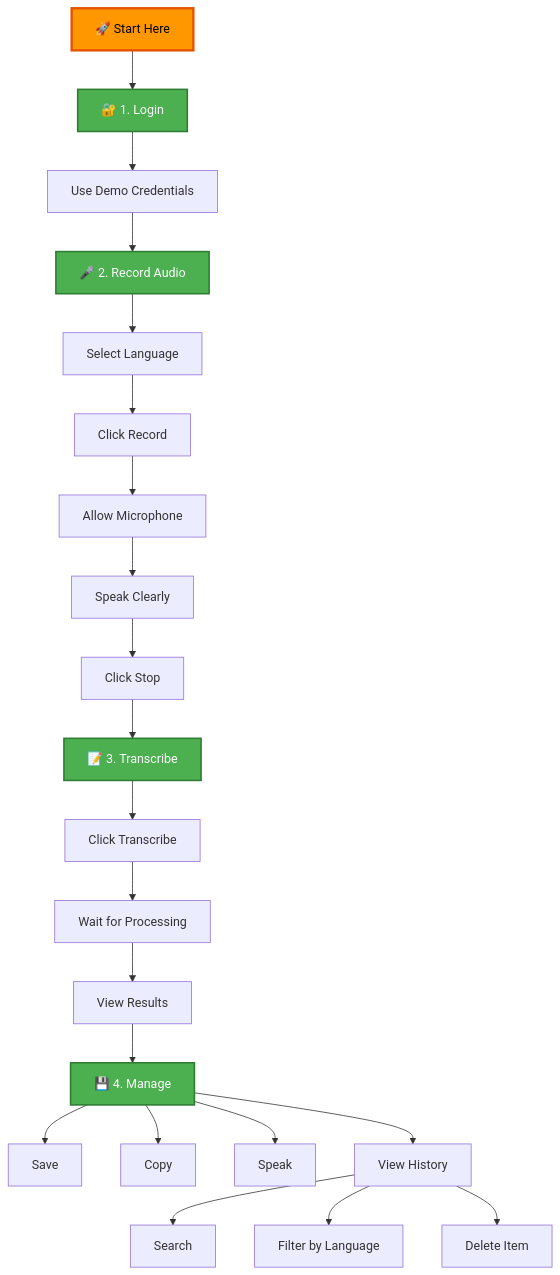
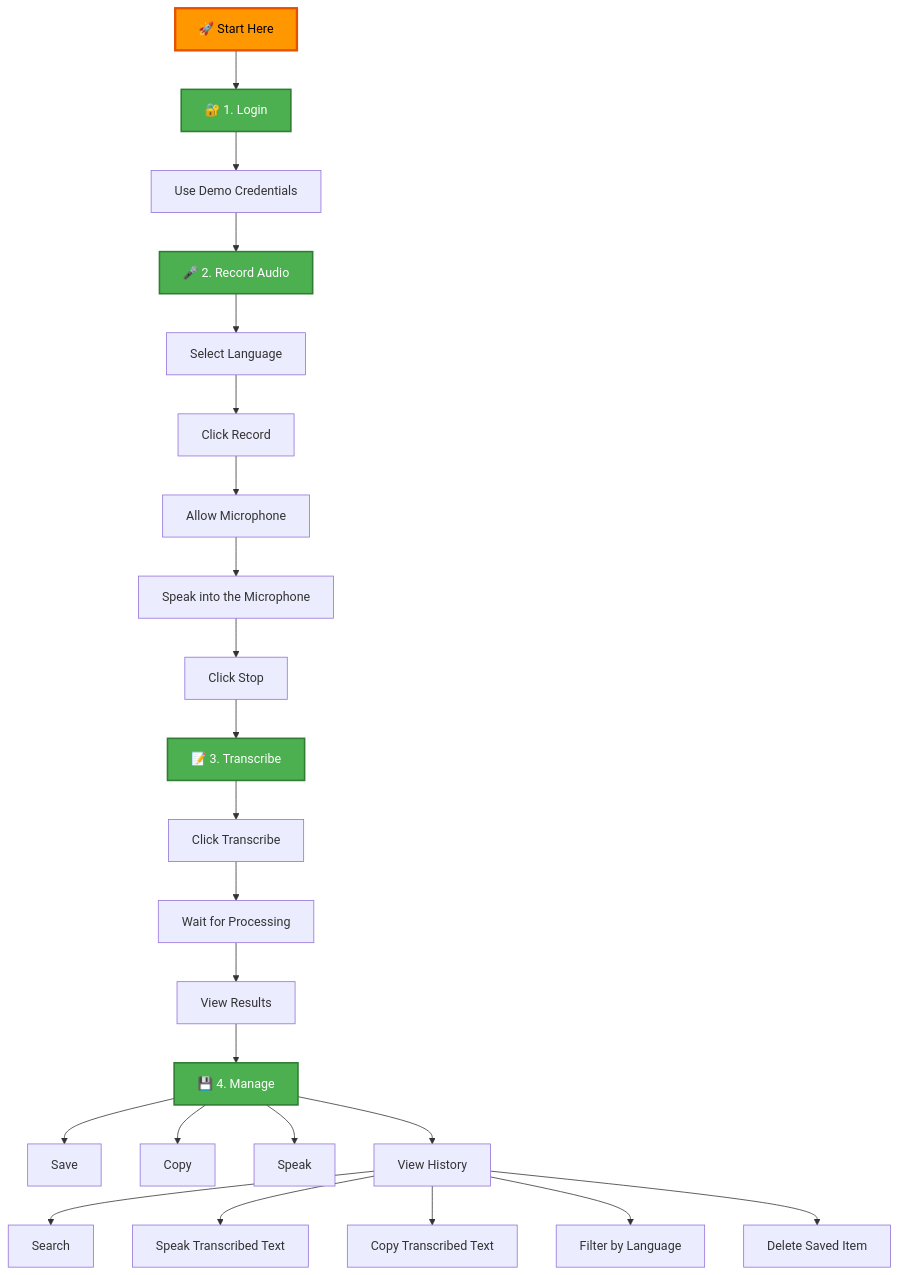
Before and after one commit to LexMainye/Kasuku-Transcriber: the diagram in README.md, drawn with Mermaid. The commit also changed other lines of this file, not shown here.

Commit message:
Updated readme flowchart items and contact information

````diff
--- a/README.md
+++ b/README.md
@@ -27,37 +27,39 @@
 ```mermaid
 flowchart TD
    A[🚀 Start Here] --> B[🔐 1. Login]
     
    B --> C[Use Demo Credentials]
 
    C --> D[🎤 2. Record Audio]
 
    D --> E[Select Language]
    E --> F[Click Record]
    F --> G[Allow Microphone]
-   G --> H[Speak Clearly]
+   G --> H[Speak into the Microphone]
    H --> I[Click Stop]
 
    I --> J[📝 3. Transcribe]
 
    J --> K[Click Transcribe]
    K --> L[Wait for Processing]
    L --> M[View Results]
 
    M --> N[💾 4. Manage]
 
    N --> O[Save]
    N --> P[Copy]
    N --> Q[Speak]
    N --> R[View History]
 
    R --> S[Search]
-   R --> T[Filter by Language]
-   R --> U[Delete Item]
+   R --> T[Speak Transcribed Text]
+   R --> U[Copy Transcribed Text]
+   R --> V[Filter by Language]
+   R --> X[Delete Saved Item]
 
    style A fill:#ff9800,color:#000,stroke:#e65100,stroke-width:3px
    style B fill:#4caf50,color:#fff,stroke:#2e7d32,stroke-width:2px
    style D fill:#4caf50,color:#fff,stroke:#2e7d32,stroke-width:2px
    style J fill:#4caf50,color:#fff,stroke:#2e7d32,stroke-width:2px
    style N fill:#4caf50,color:#fff,stroke:#2e7d32,stroke-width:2px
 ```
````
